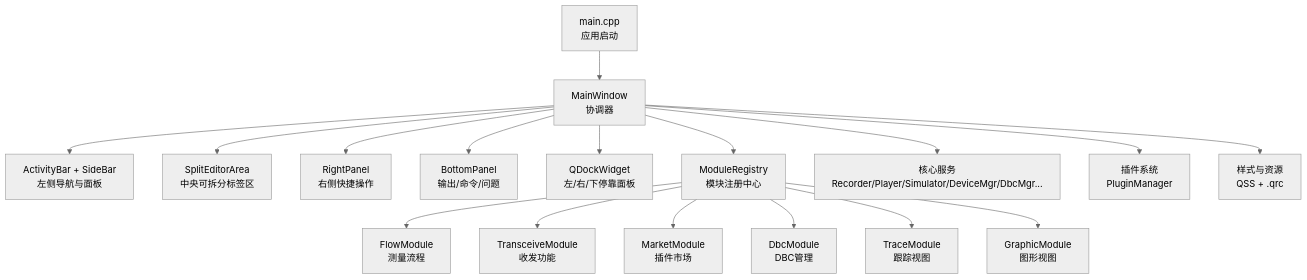
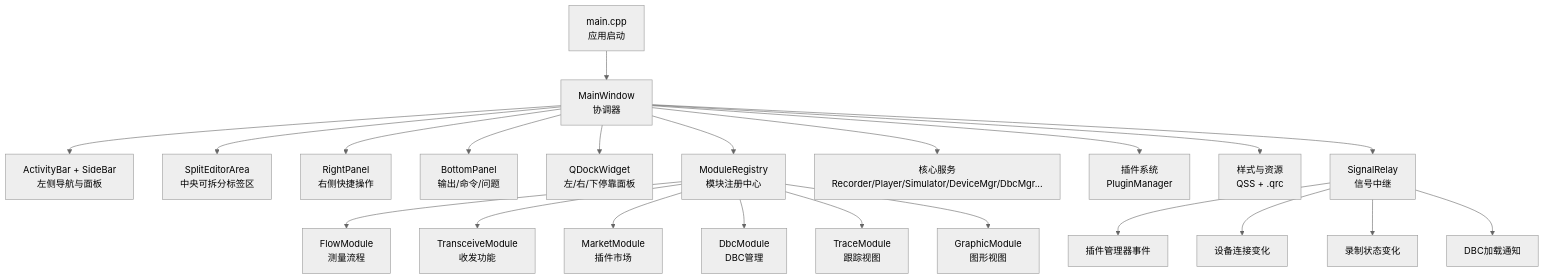
The first of 10 diagrams in .qoder/repowiki/zh/content/架构设计/主窗口组件架构.md (jakecai1225-design/OpenBus), drawn with Mermaid (neutral theme) before and after one commit. The commit also changed other lines of this file and 15 other files, not shown here.

Commit message:
trace graphic优化

````diff
--- a/.qoder/repowiki/zh/content/架构设计/主窗口组件架构.md
+++ b/.qoder/repowiki/zh/content/架构设计/主窗口组件架构.md
@@ -48,19 +52,24 @@
 ```mermaid
 graph TB
 A["main.cpp<br/>应用启动"] --> B["MainWindow<br/>协调器"]
 B --> C["ActivityBar + SideBar<br/>左侧导航与面板"]
 B --> D["SplitEditorArea<br/>中央可拆分标签区"]
 B --> E["RightPanel<br/>右侧快捷操作"]
 B --> F["BottomPanel<br/>输出/命令/问题"]
 B --> G["QDockWidget<br/>左/右/下停靠面板"]
 B --> H["ModuleRegistry<br/>模块注册中心"]
 H --> I["FlowModule<br/>测量流程"]
 H --> J["TransceiveModule<br/>收发功能"]
 H --> K["MarketModule<br/>插件市场"]
 H --> L["DbcModule<br/>DBC管理"]
 H --> M["TraceModule<br/>跟踪视图"]
 H --> N["GraphicModule<br/>图形视图"]
 B --> O["核心服务<br/>Recorder/Player/Simulator/DeviceMgr/DbcMgr..."]
 B --> P["插件系统<br/>PluginManager"]
 B --> Q["样式与资源<br/>QSS + .qrc"]
+B --> R["SignalRelay<br/>信号中继"]
+R --> S["插件管理器事件"]
+R --> T["设备连接变化"]
+R --> U["录制状态变化"]
+R --> V["DBC加载通知"]
 ```
````
